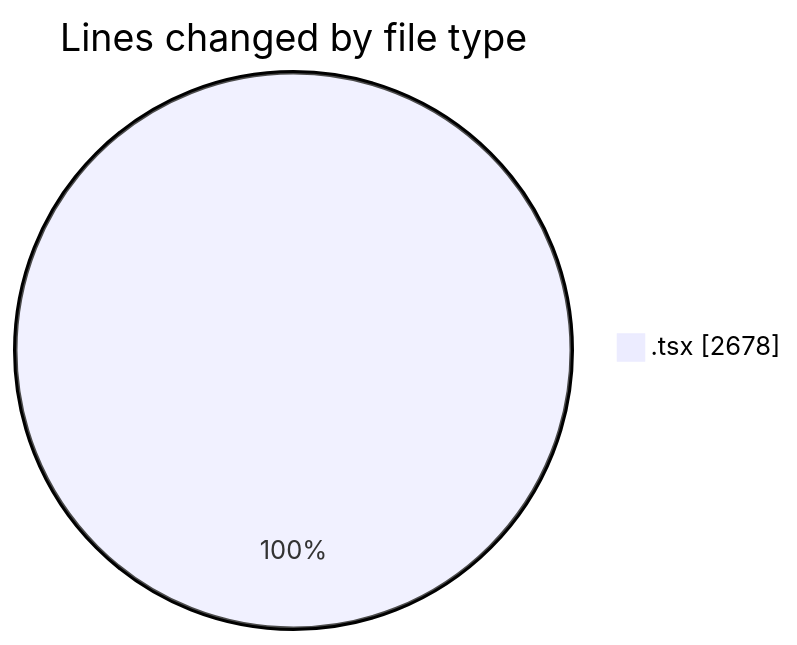
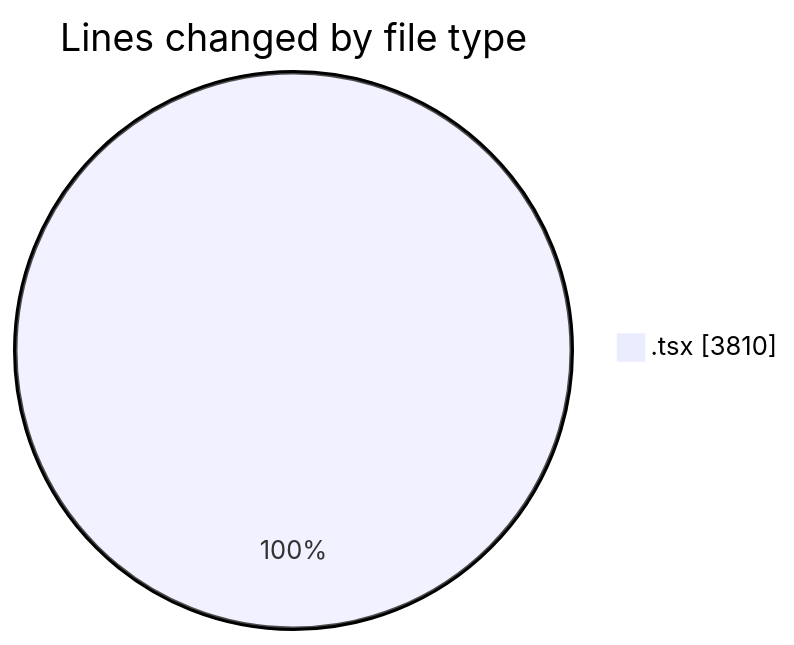
The first of 2 diagrams in 2026-07-16/nxtqube_webapp/README.md (nxtqubesakshisongat/code-tracking), drawn with Mermaid before and after one commit. The commit also changed other lines of this file and 1 other file, not shown here.

````diff
--- a/2026-07-16/nxtqube_webapp/README.md
+++ b/2026-07-16/nxtqube_webapp/README.md
@@ -24,5 +24,5 @@
 ```mermaid
 pie showData
 title Lines changed by file type
-".tsx" : 2678
+".tsx" : 3810
 ```
````
